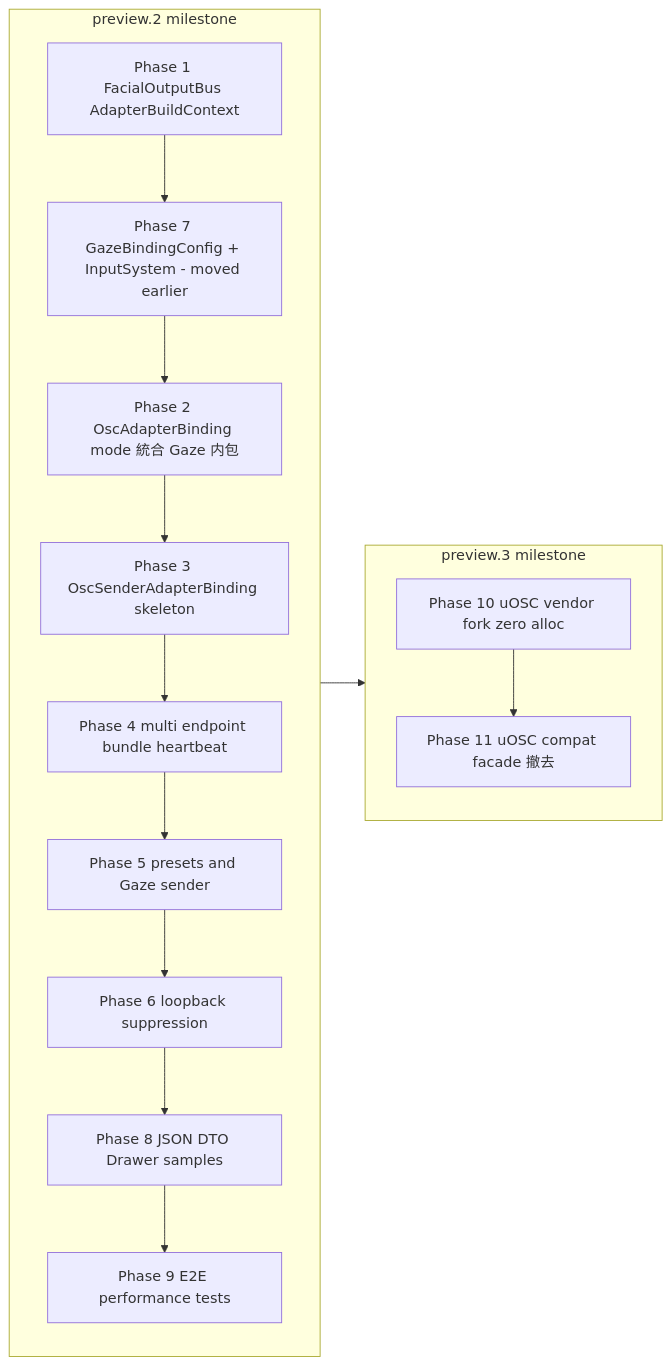
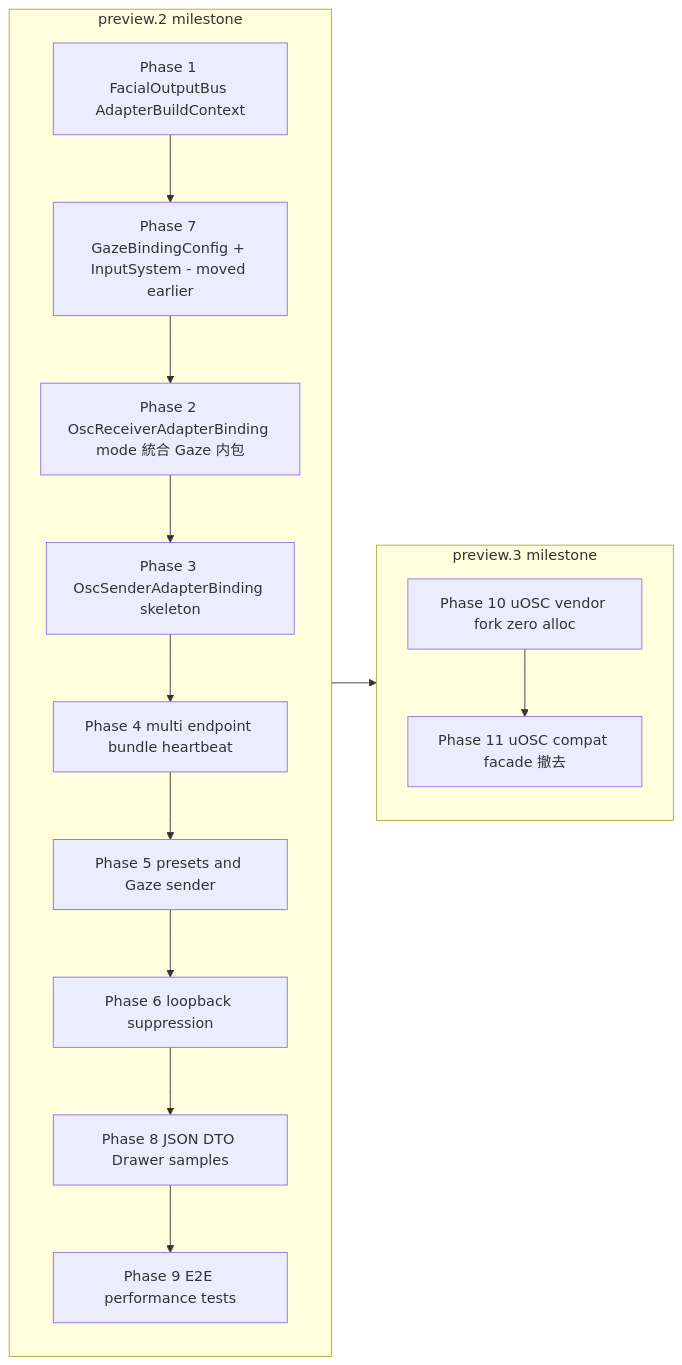
Before and after one commit to UNVGI/UnvgiFacialControl: the fifth of 5 diagrams in .kiro/specs/osc-output-binding/design.md, drawn with Mermaid. The commit also changed other lines of this file and 71 other files, not shown here.

````diff
--- a/.kiro/specs/osc-output-binding/design.md
+++ b/.kiro/specs/osc-output-binding/design.md
@@ -956,21 +956,21 @@
 ```mermaid
 flowchart LR
     subgraph preview2[preview.2 milestone]
         P1[Phase 1 FacialOutputBus AdapterBuildContext]
         P7[Phase 7 GazeBindingConfig + InputSystem - moved earlier]
-        P2[Phase 2 OscAdapterBinding mode 統合 Gaze 内包]
+        P2[Phase 2 OscReceiverAdapterBinding mode 統合 Gaze 内包]
         P3[Phase 3 OscSenderAdapterBinding skeleton]
         P4[Phase 4 multi endpoint bundle heartbeat]
         P5[Phase 5 presets and Gaze sender]
         P6[Phase 6 loopback suppression]
         P8[Phase 8 JSON DTO Drawer samples]
         P9[Phase 9 E2E performance tests]
         P1 --> P7 --> P2 --> P3 --> P4 --> P5 --> P6 --> P8 --> P9
     end
     subgraph preview3[preview.3 milestone]
         P10[Phase 10 uOSC vendor fork zero alloc]
         P11[Phase 11 uOSC compat facade 撤去]
         P10 --> P11
     end
     preview2 --> preview3
 ```
````
